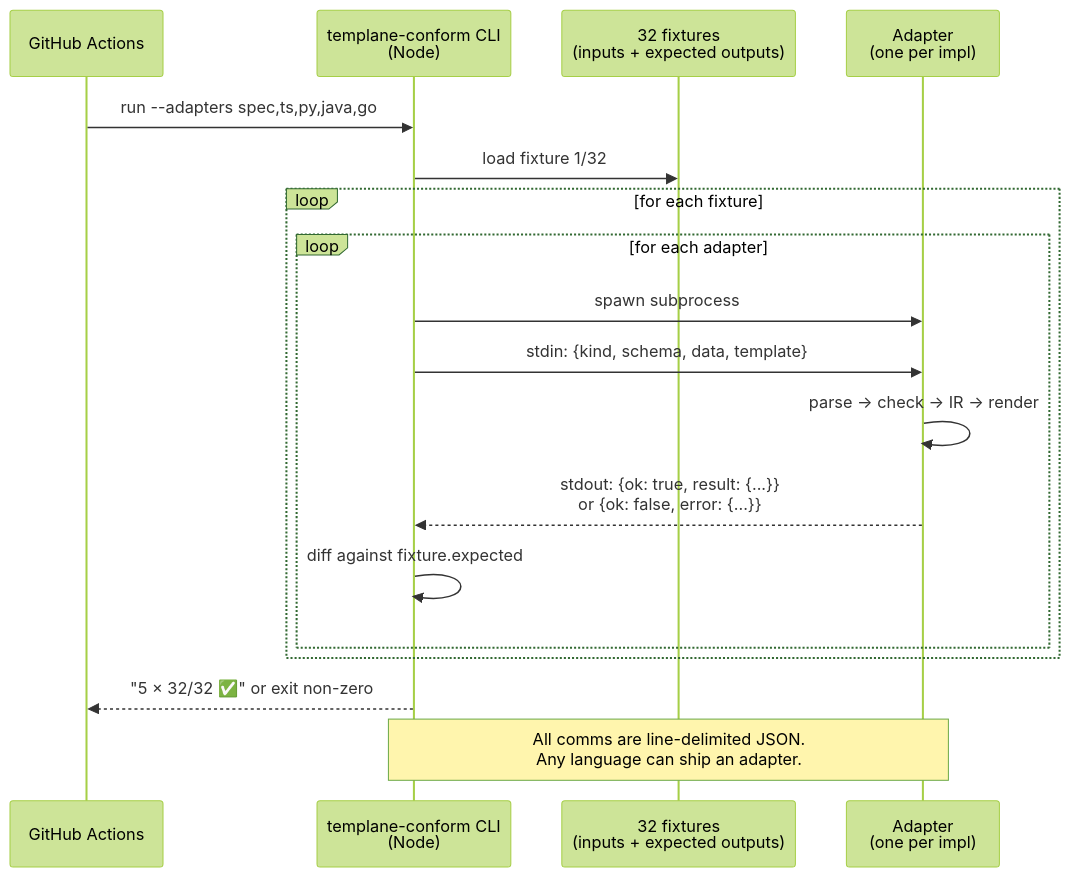
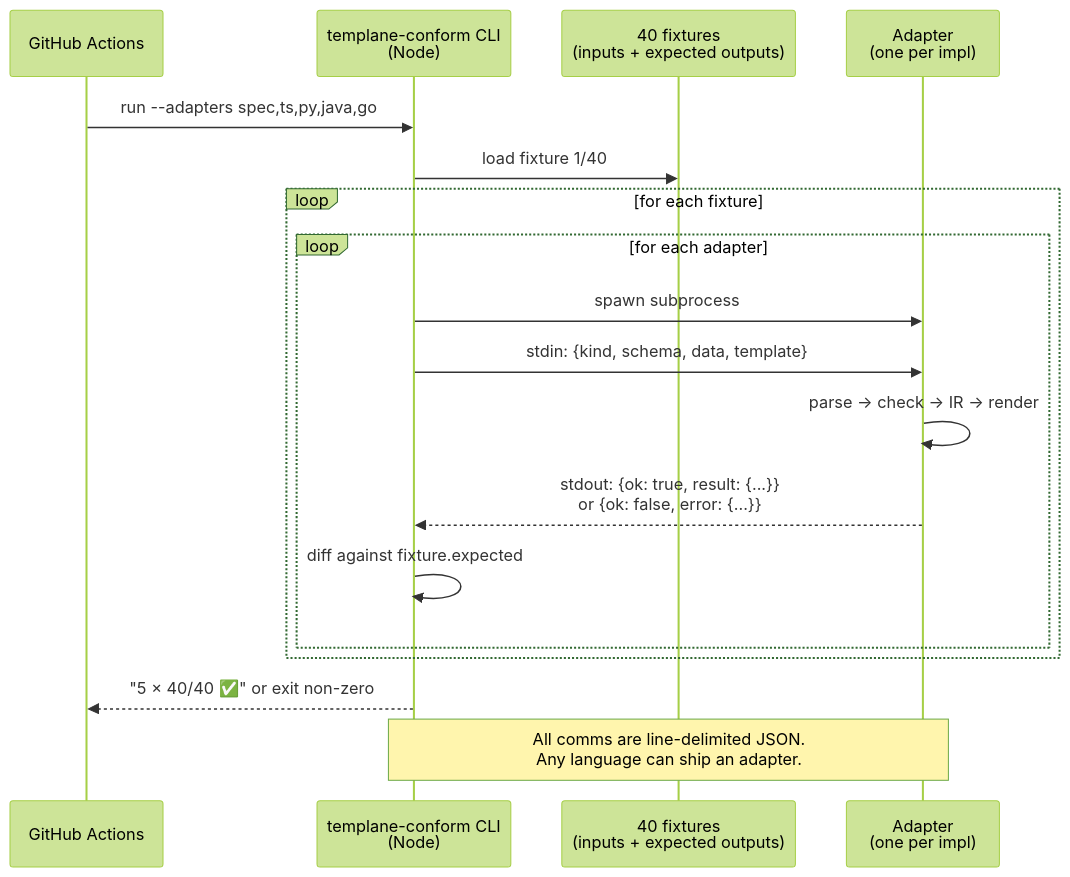
One commit to ereshzealous/Templane changed the fourth of 13 diagrams in docs/ARCHITECTURE.md. Above: the diagram before and after it, drawn with Mermaid (forest theme). The commit also changed other lines of this file and 11 other files, not shown here.

````diff
--- a/docs/ARCHITECTURE.md
+++ b/docs/ARCHITECTURE.md
@@ -171,22 +171,22 @@
 ```mermaid
 sequenceDiagram
     participant CI as GitHub Actions
     participant Conf as templane-conform CLI<br/>(Node)
-    participant Specs as 32 fixtures<br/>(inputs + expected outputs)
+    participant Specs as 40 fixtures<br/>(inputs + expected outputs)
     participant Ad as Adapter<br/>(one per impl)
 
     CI->>Conf: run --adapters spec,ts,py,java,go
-    Conf->>Specs: load fixture 1/32
+    Conf->>Specs: load fixture 1/40
     loop for each fixture
         loop for each adapter
             Conf->>Ad: spawn subprocess
             Conf->>Ad: stdin: {kind, schema, data, template}
             Ad->>Ad: parse → check → IR → render
             Ad-->>Conf: stdout: {ok: true, result: {...}}<br/>or {ok: false, error: {...}}
             Conf->>Conf: diff against fixture.expected
         end
     end
-    Conf-->>CI: "5 × 32/32 ✅" or exit non-zero
+    Conf-->>CI: "5 × 40/40 ✅" or exit non-zero
 
     Note over Conf,Ad: All comms are line-delimited JSON.<br/>Any language can ship an adapter.
 ```
````
